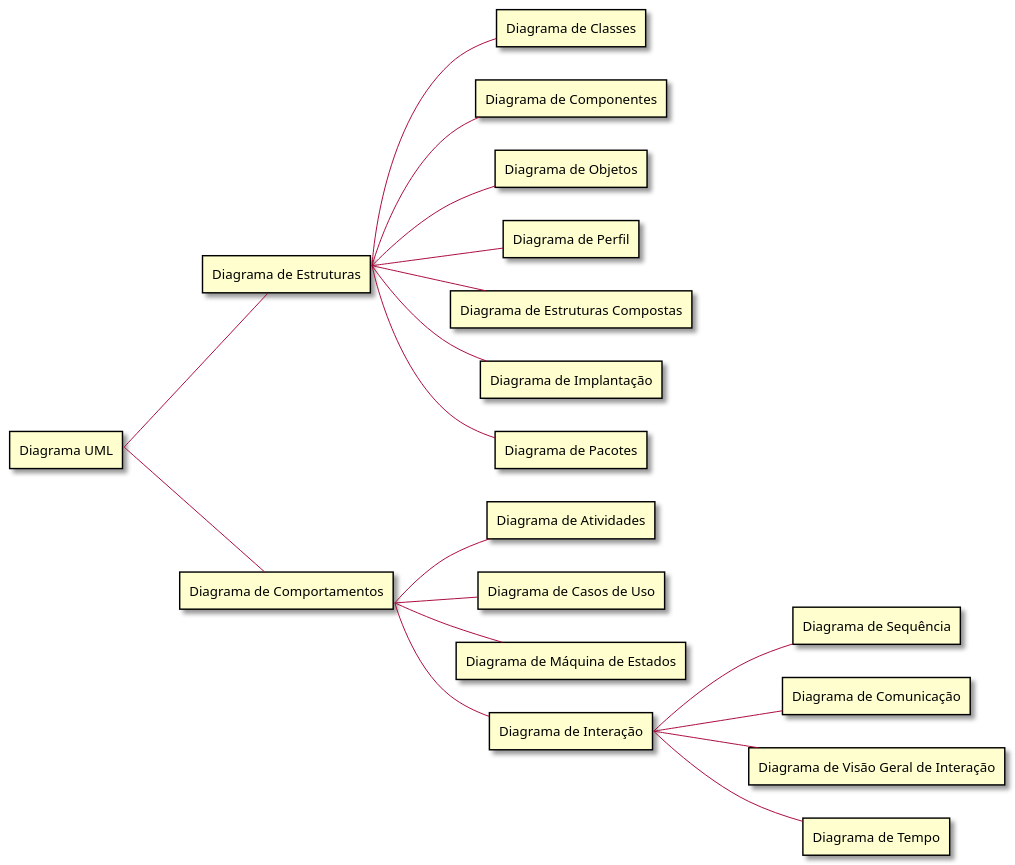
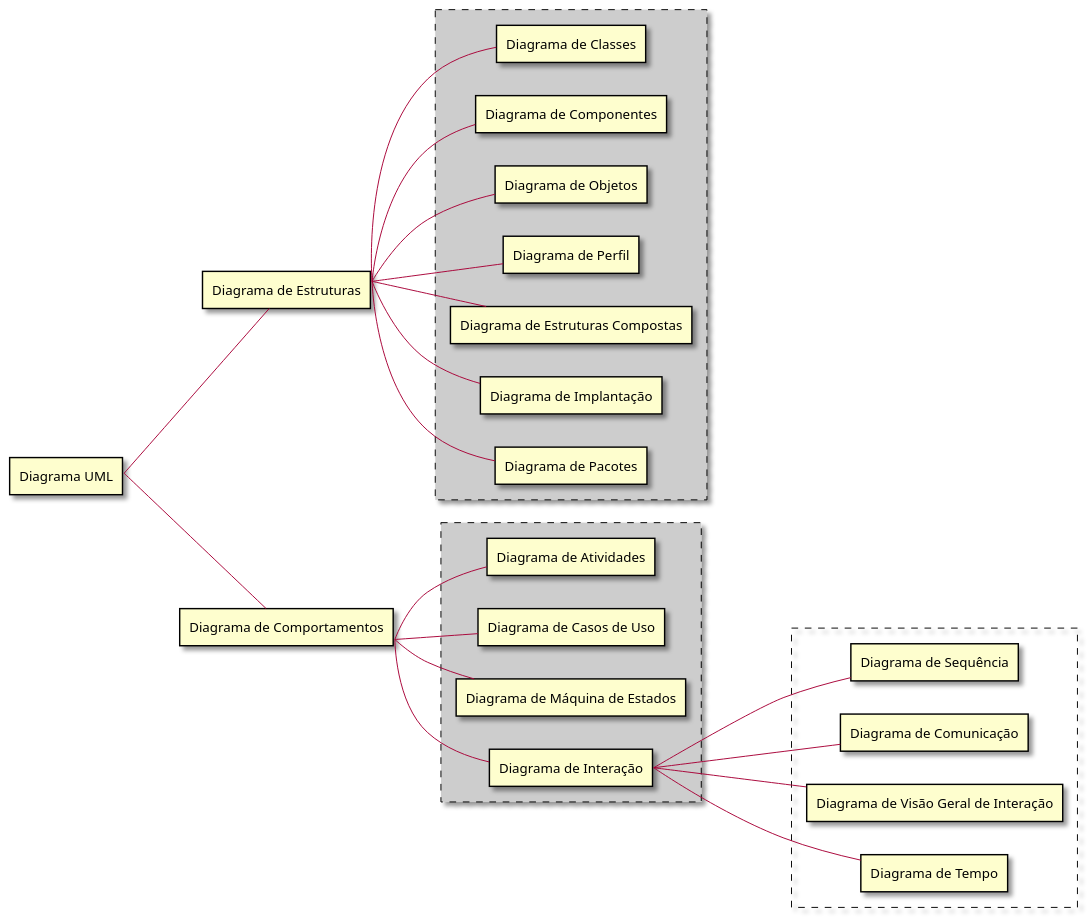
Before and after one commit to FabioFlorencio/plantUML: the diagram in diagramas/rectangle/uml/uml1.plantuml, drawn with PlantUML. The commit also changed 1 other file, not shown here.

```diff
--- a/diagramas/rectangle/uml/uml1.plantuml
+++ b/diagramas/rectangle/uml/uml1.plantuml
@@ -1,66 +1,66 @@
 @startuml
 
 left to right direction
 
 skin rose
 skinparam shadowing true
 skinparam groupInheritance 2
 
 'Retangulos
 
 rectangle "Diagrama UML" as diagrUML
 rectangle "Diagrama de Estruturas" as diagrEstruturas
 rectangle "Diagrama de Comportamentos" as diagrComportamentos
 
 
 ''============== ESTAO JUNTOS ==================================
-
-rectangle "Diagrama de Classes" as diagrClasses
-rectangle "Diagrama de Componentes" as diagrComponentes
-rectangle "Diagrama de Objetos" as diagrObjetos
-rectangle "Diagrama de Perfil" as diagrPerfil
-rectangle "Diagrama de Estruturas Compostas" as diagrEstruturaCompostas
-rectangle "Diagrama de Implantação" as diagrImplantacao
-rectangle "Diagrama de Pacotes" as diagrPacotes
-
+rectangle #cdcdcd;line.dashed{
+  rectangle "Diagrama de Classes" as diagrClasses
+  rectangle "Diagrama de Componentes" as diagrComponentes
+  rectangle "Diagrama de Objetos" as diagrObjetos
+  rectangle "Diagrama de Perfil" as diagrPerfil
+  rectangle "Diagrama de Estruturas Compostas" as diagrEstruturaCompostas
+  rectangle "Diagrama de Implantação" as diagrImplantacao
+  rectangle "Diagrama de Pacotes" as diagrPacotes
+}
 
 ''============== ESTAO JUNTOS   ==================================
+rectangle #cdcdcd;line.dashed{
+  rectangle "Diagrama de Atividades" as diagrAtividades
+  rectangle "Diagrama de Casos de Uso" as diagrCasoDeUso
+  rectangle "Diagrama de Máquina de Estados" as diagrMaquina
+  rectangle "Diagrama de Interação" as diagrInteracao
+}
 
-rectangle "Diagrama de Atividades" as diagrAtividades
-rectangle "Diagrama de Casos de Uso" as diagrCasoDeUso
-rectangle "Diagrama de Máquina de Estados" as diagrMaquina
-
-
-rectangle "Diagrama de Interação" as diagrInteracao
-
-rectangle "Diagrama de Sequência" as diagrSequencia
-rectangle "Diagrama de Comunicação" as diagrcomunicacao
-rectangle "Diagrama de Visão Geral de Interação" as diagrVisaoGeralDeInteracao
-rectangle "Diagrama de Tempo" as diagrDeTempo
-
+rectangle #line.dashed{
+  rectangle "Diagrama de Sequência" as diagrSequencia
+  rectangle "Diagrama de Comunicação" as diagrcomunicacao
+  rectangle "Diagrama de Visão Geral de Interação" as diagrVisaoGeralDeInteracao
+  rectangle "Diagrama de Tempo" as diagrDeTempo
+}
 
 ''=========================  RELACOES  ==================================
 
 diagrUML <|-- diagrEstruturas 
 diagrEstruturas <|-- diagrClasses
 diagrEstruturas <|-- diagrComponentes
 diagrEstruturas <|-- diagrObjetos
 diagrEstruturas <|-- diagrPerfil
 diagrEstruturas <|-- diagrEstruturaCompostas
 diagrEstruturas <|-- diagrImplantacao
 diagrEstruturas <|-- diagrPacotes
 
 diagrUML <|-- diagrComportamentos
 diagrComportamentos <|-- diagrAtividades
 diagrComportamentos <|-- diagrCasoDeUso
 diagrComportamentos <|-- diagrMaquina
 
 
 diagrComportamentos <|-- diagrInteracao
 
-diagrInteracao <|-- diagrSequencia
-diagrInteracao <|-- diagrcomunicacao
-diagrInteracao <|-- diagrVisaoGeralDeInteracao
-diagrInteracao <|-- diagrDeTempo  
+diagrInteracao <|--- diagrSequencia
+diagrInteracao <|--- diagrcomunicacao
+diagrInteracao <|--- diagrVisaoGeralDeInteracao
+diagrInteracao <|--- diagrDeTempo  
 
   @enduml
```
